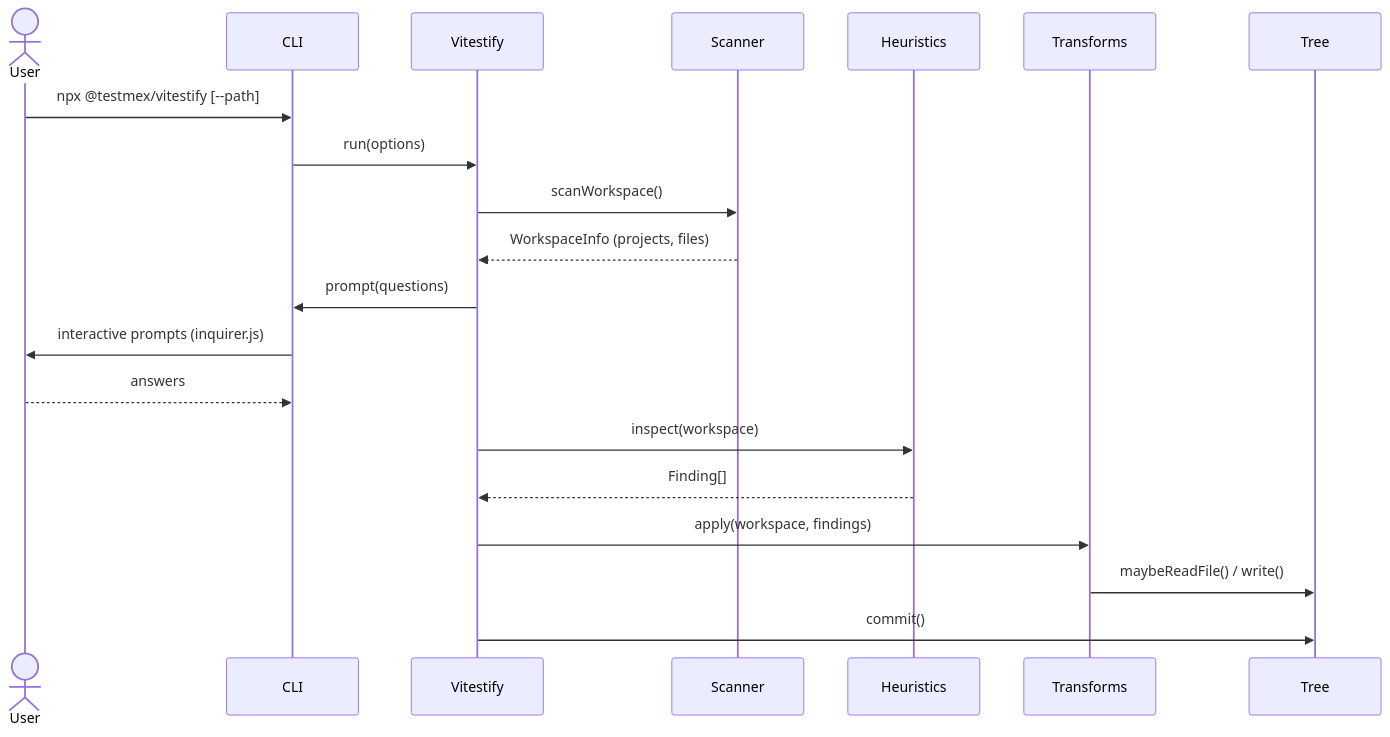
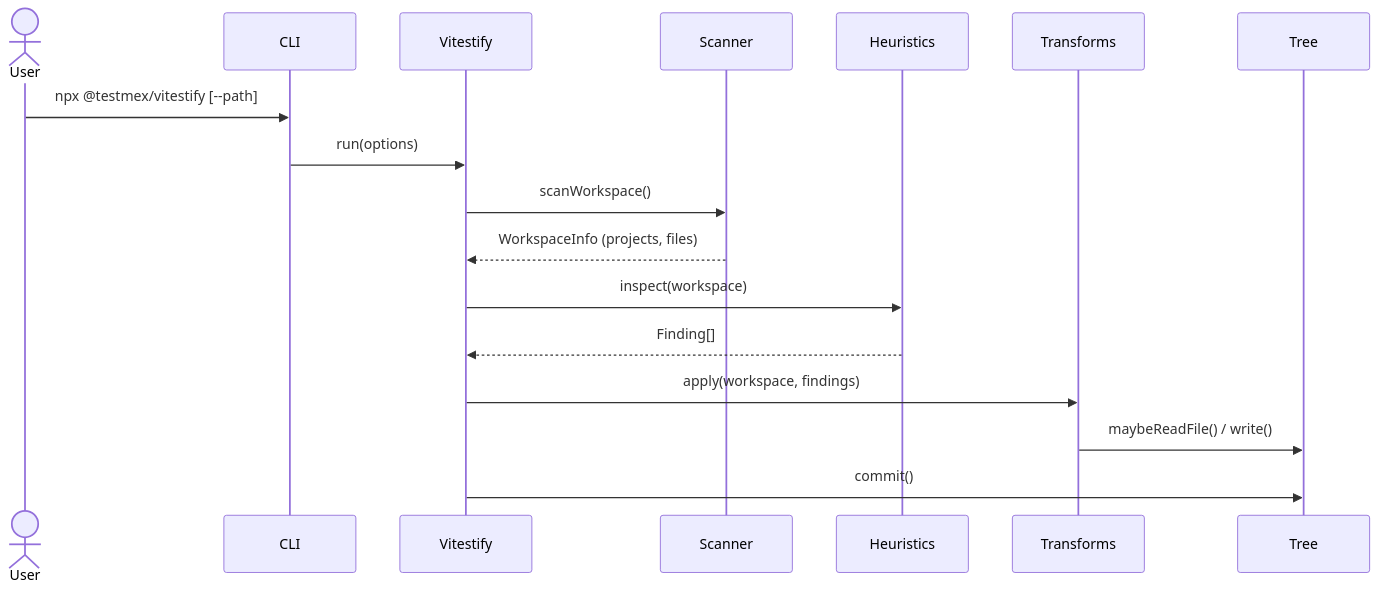
One commit to testmex/testmex changed the second of 3 diagrams in design-docs/001-vitestify.md. Above: the diagram before and after it, drawn with Mermaid. The commit also changed other lines of this file, not shown here.

First line of the commit message:
docs: 📝 defer inquirer prompts to future plans and mark PR 3 complete

````diff
--- a/design-docs/001-vitestify.md
+++ b/design-docs/001-vitestify.md
@@ -70,23 +69,20 @@
 ```mermaid
 sequenceDiagram
     actor User
     participant CLI
     participant Vitestify
     participant Scanner
     participant Heuristics
     participant Transforms
     participant Tree
 
     User->>CLI: npx @testmex/vitestify [--path]
     CLI->>Vitestify: run(options)
     Vitestify->>Scanner: scanWorkspace()
     Scanner-->>Vitestify: WorkspaceInfo (projects, files)
-    Vitestify->>CLI: prompt(questions)
-    CLI->>User: interactive prompts (inquirer.js)
-    User-->>CLI: answers
     Vitestify->>Heuristics: inspect(workspace)
     Heuristics-->>Vitestify: Finding[]
     Vitestify->>Transforms: apply(workspace, findings)
     Transforms->>Tree: maybeReadFile() / write()
     Vitestify->>Tree: commit()
 ```
````
